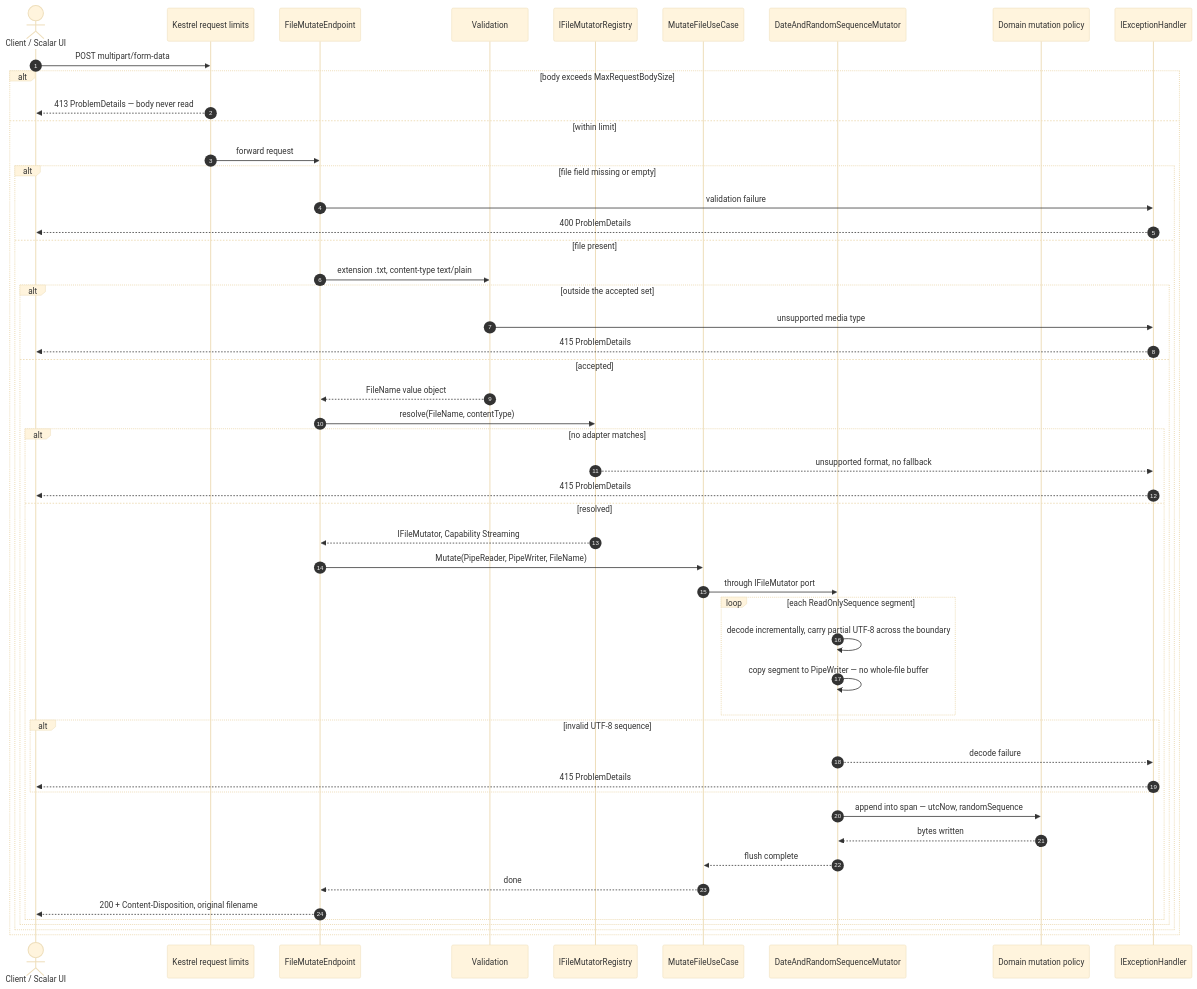
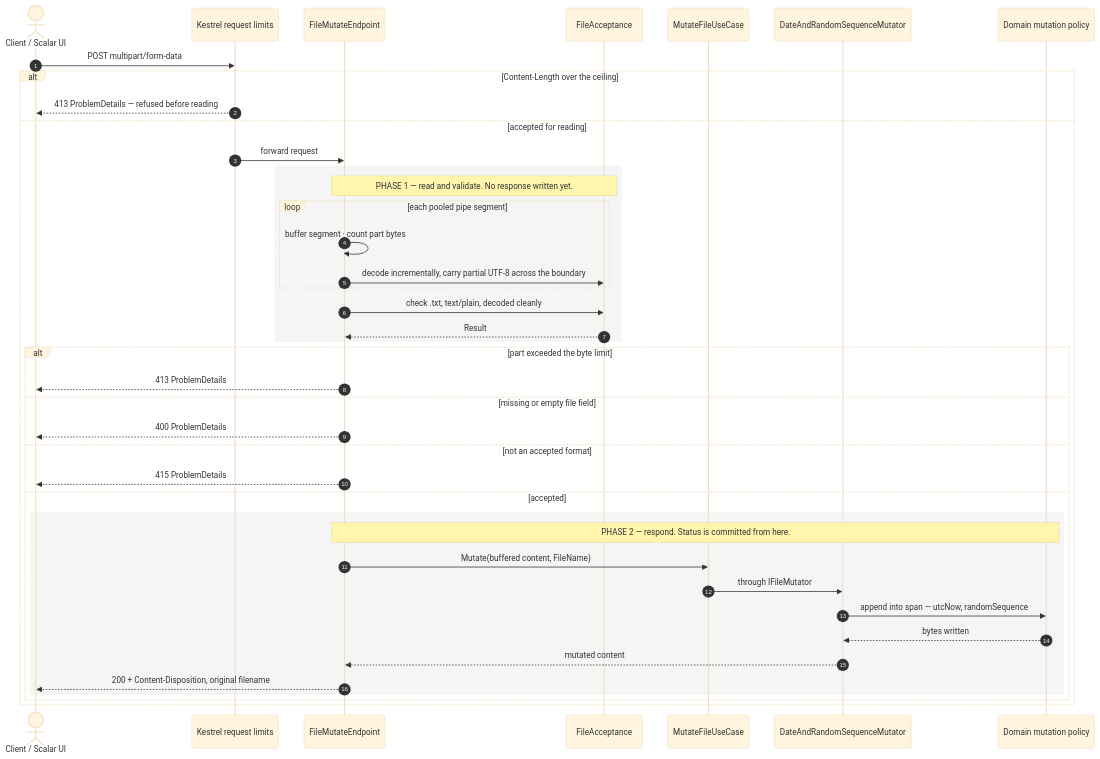
One commit to fabiantax/zero-allocation-fileupload changed the second of 3 diagrams in docs/architecture.md. Above: the diagram before and after it, drawn with Mermaid (base theme). The commit also changed other lines of this file and 8 other files, not shown here.

First line of the commit message:
Validate before responding; drop registry and capability enum (#1) (#19)

````diff
--- a/docs/architecture.md
+++ b/docs/architecture.md
@@ -111,55 +87,47 @@
 ```mermaid
 sequenceDiagram
     autonumber
     actor C as Client / Scalar UI
     participant K as Kestrel request limits
     participant E as FileMutateEndpoint
-    participant V as Validation
-    participant R as IFileMutatorRegistry
+    participant A as FileAcceptance
     participant U as MutateFileUseCase
     participant M as DateAndRandomSequenceMutator
     participant D as Domain mutation policy
-    participant X as IExceptionHandler
 
     C->>K: POST multipart/form-data
 
-    alt body exceeds MaxRequestBodySize
-        K-->>C: 413 ProblemDetails — body never read
-    else within limit
+    alt Content-Length over the ceiling
+        K-->>C: 413 ProblemDetails — refused before reading
+    else accepted for reading
         K->>E: forward request
-        alt file field missing or empty
-            E->>X: validation failure
-            X-->>C: 400 ProblemDetails
-        else file present
-            E->>V: extension .txt, content-type text/plain
-            alt outside the accepted set
-                V->>X: unsupported media type
-                X-->>C: 415 ProblemDetails
-            else accepted
-                V-->>E: FileName value object
-                E->>R: resolve(FileName, contentType)
-                alt no adapter matches
-                    R-->>X: unsupported format, no fallback
-                    X-->>C: 415 ProblemDetails
-                else resolved
-                R-->>E: IFileMutator, Capability Streaming
-                E->>U: Mutate(PipeReader, PipeWriter, FileName)
-                U->>M: through IFileMutator port
-                loop each ReadOnlySequence segment
-                    M->>M: decode incrementally, carry partial UTF-8 across the boundary
-                    M->>M: copy segment to PipeWriter — no whole-file buffer
-                end
-                alt invalid UTF-8 sequence
-                    M-->>X: decode failure
-                    X-->>C: 415 ProblemDetails
-                end
-                M->>D: append into span — utcNow, randomSequence
-                D-->>M: bytes written
-                M-->>U: flush complete
-                U-->>E: done
-                E-->>C: 200 + Content-Disposition, original filename
-                end
+
+        rect rgb(245,245,245)
+        note over E,A: PHASE 1 — read and validate. No response written yet.
+        loop each pooled pipe segment
+            E->>E: buffer segment · count part bytes
+            E->>A: decode incrementally, carry partial UTF-8 across the boundary
+        end
+        E->>A: check .txt, text/plain, decoded cleanly
+        A-->>E: Result
+        end
+
+        alt part exceeded the byte limit
+            E-->>C: 413 ProblemDetails
+        else missing or empty file field
+            E-->>C: 400 ProblemDetails
+        else not an accepted format
+            E-->>C: 415 ProblemDetails
+        else accepted
+            rect rgb(245,245,245)
+            note over E,D: PHASE 2 — respond. Status is committed from here.
+            E->>U: Mutate(buffered content, FileName)
+            U->>M: through IFileMutator
+            M->>D: append into span — utcNow, randomSequence
+            D-->>M: bytes written
+            M-->>E: mutated content
+            E-->>C: 200 + Content-Disposition, original filename
             end
         end
     end
 ```
````
